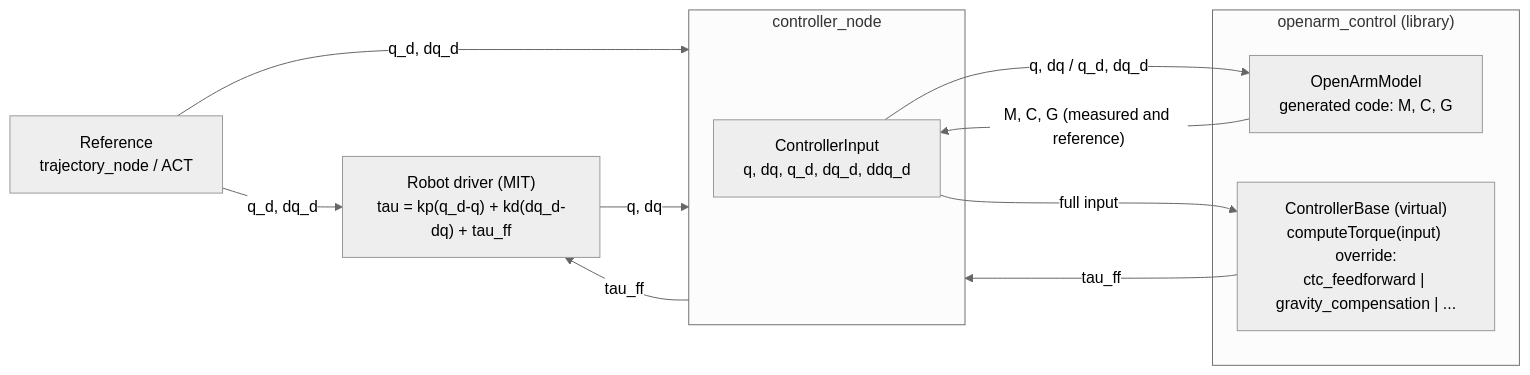
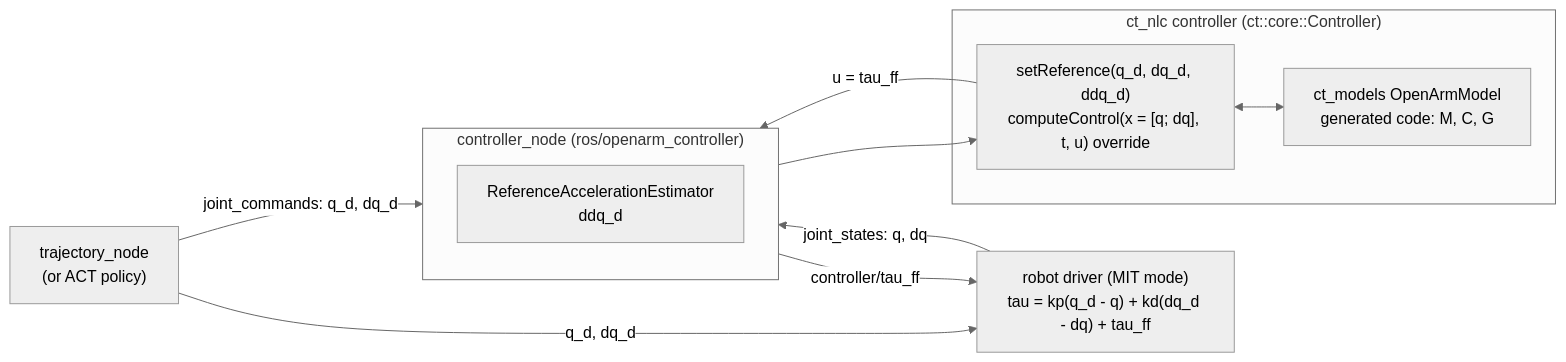
The diagram in README_OPENARM.md (tominhducsp17-glitch/control-toolbox), drawn with Mermaid (neutral theme) before and after one commit. The commit also changed other lines of this file, not shown here.

First line of the commit message:
README_OPENARM: cấu trúc mới (ct_models OpenArm, ct_nlc, ros/)

````diff
--- a/README_OPENARM.md
+++ b/README_OPENARM.md
@@ -47,18 +83,17 @@
 ```mermaid
 flowchart LR
-  REF["Reference<br/>trajectory_node / ACT"] -- "q_d, dq_d" --> NODE
-  ROBOT["Robot driver (MIT)<br/>tau = kp(q_d-q) + kd(dq_d-dq) + tau_ff"] -- "q, dq" --> NODE
-  subgraph NODE["controller_node"]
-    IN["ControllerInput<br/>q, dq, q_d, dq_d, ddq_d"]
+  REF["trajectory_node<br/>(or ACT policy)"] -- "joint_commands: q_d, dq_d" --> NODE
+  ROBOT["robot driver (MIT mode)<br/>tau = kp(q_d - q) + kd(dq_d - dq) + tau_ff"] -- "joint_states: q, dq" --> NODE
+  subgraph NODE["controller_node (ros/openarm_controller)"]
+    EST["ReferenceAccelerationEstimator<br/>ddq_d"]
   end
-  subgraph LIB["openarm_control (library)"]
-    MODEL["OpenArmModel<br/>generated code: M, C, G"]
-    CTRL["ControllerBase (virtual)<br/>computeTorque(input) override:<br/>ctc_feedforward | gravity_compensation | ..."]
+  subgraph NLC["ct_nlc controller (ct::core::Controller)"]
+    CTRL["setReference(q_d, dq_d, ddq_d)<br/>computeControl(x = [q; dq], t, u) override"]
+    MODEL["ct_models OpenArmModel<br/>generated code: M, C, G"]
   end
-  IN -- "q, dq / q_d, dq_d" --> MODEL
-  MODEL -- "M, C, G (measured and reference)" --> IN
-  IN -- "full input" --> CTRL
-  CTRL -- "tau_ff" --> NODE
-  NODE -- "tau_ff" --> ROBOT
+  NODE --> CTRL
+  CTRL <--> MODEL
+  CTRL -- "u = tau_ff" --> NODE
+  NODE -- "controller/tau_ff" --> ROBOT
   REF -- "q_d, dq_d" --> ROBOT
 ```
````
